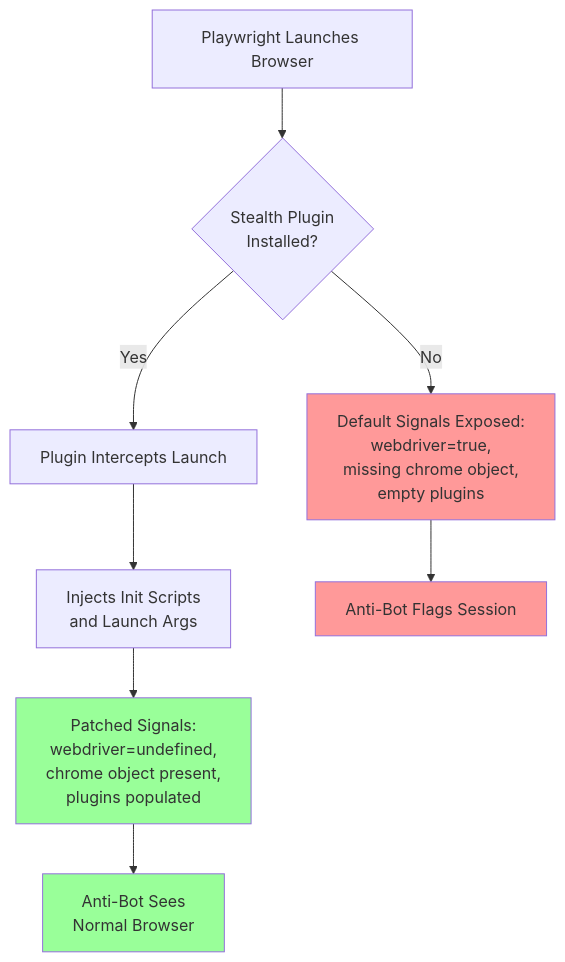
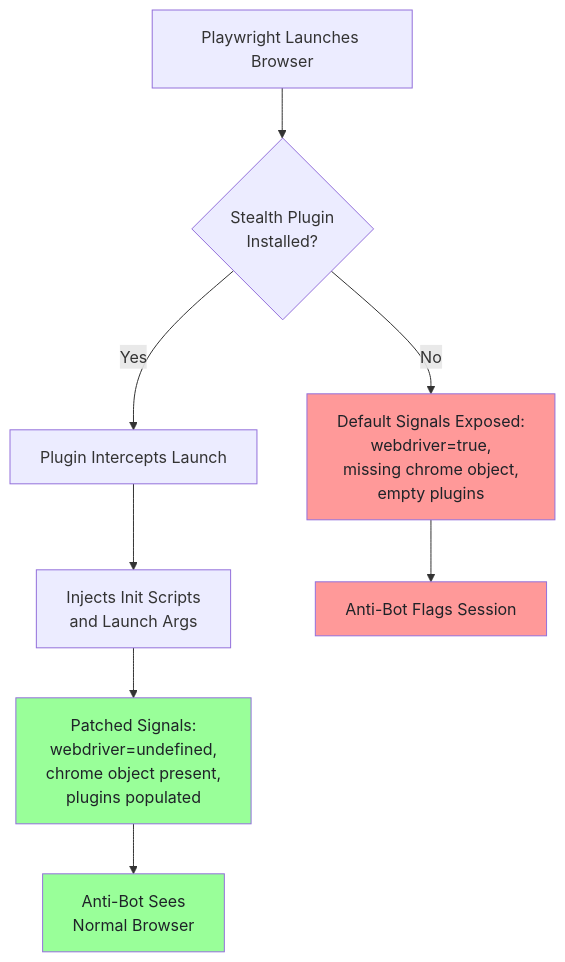
Before and after one commit to bytetunnels/bytetunnels.github.com: the first of 4 diagrams in _posts/2026-02-16-undetected-playwright-vs-playwright-stealth-which-plugin.md, drawn with Mermaid. The commit also changed other lines of this file and 118 other files, not shown here.

Commit message:
feat: improve diagram styling and compact wide flowcharts

````diff
--- a/_posts/2026-02-16-undetected-playwright-vs-playwright-stealth-which-plugin.md
+++ b/_posts/2026-02-16-undetected-playwright-vs-playwright-stealth-which-plugin.md
@@ -19,15 +19,15 @@
 ```mermaid
 graph TD
     A[Playwright Launches Browser] --> B{Stealth Plugin<br>Installed?}
     B -->|No| C[Default Signals Exposed:<br>webdriver=true,<br>missing chrome object,<br>empty plugins]
     B -->|Yes| D[Plugin Intercepts Launch]
     D --> E[Injects Init Scripts<br>and Launch Args]
     E --> F[Patched Signals:<br>webdriver=undefined,<br>chrome object present,<br>plugins populated]
     C --> G[Anti-Bot Flags Session]
     F --> H[Anti-Bot Sees<br>Normal Browser]
 
-    style C fill:#ff9999
-    style G fill:#ff9999
-    style F fill:#99ff99
-    style H fill:#99ff99
+    style C fill:#ff9999,color:#1f2328
+    style G fill:#ff9999,color:#1f2328
+    style F fill:#99ff99,color:#1f2328
+    style H fill:#99ff99,color:#1f2328
 ```
````
